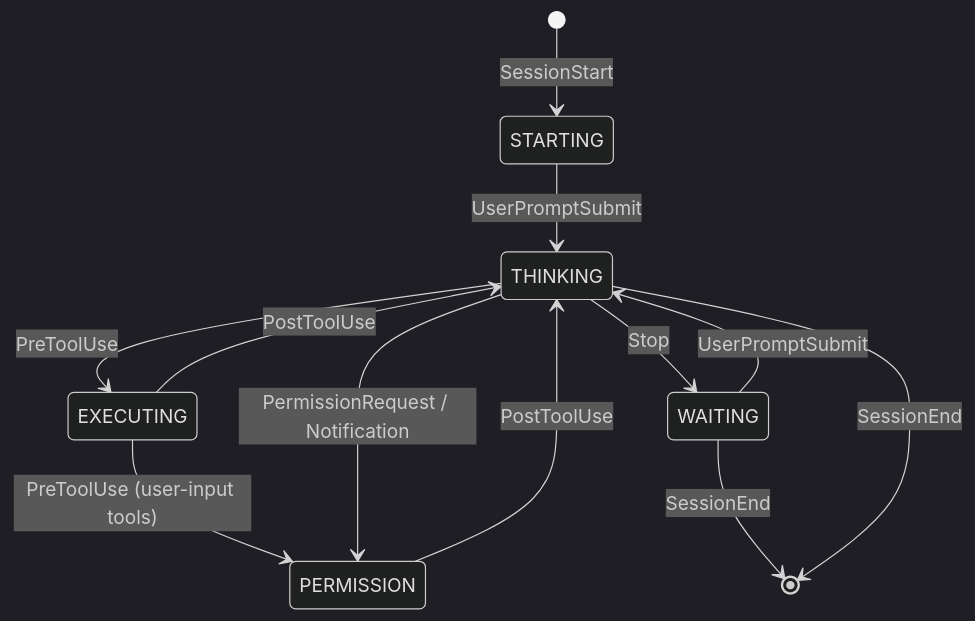
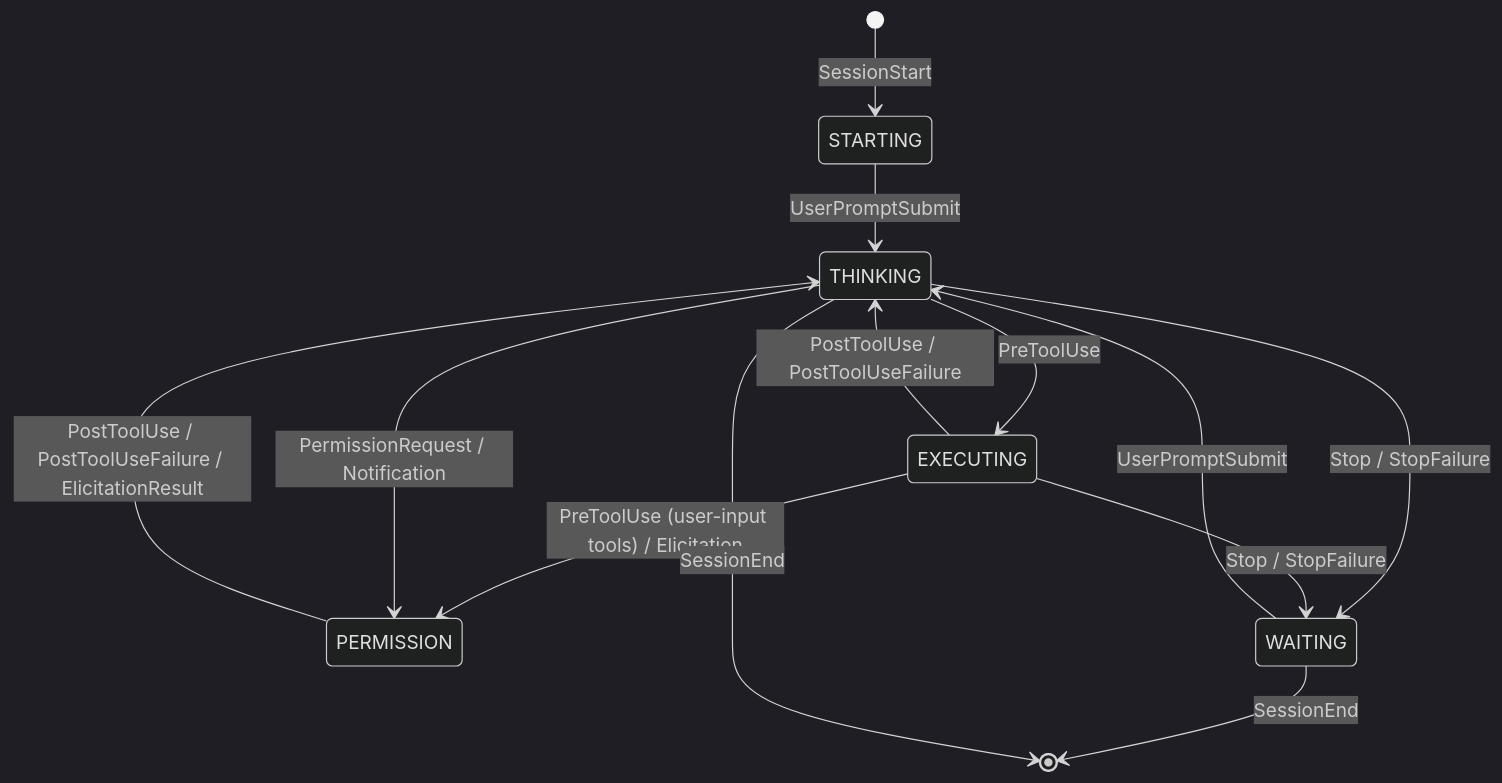
Before and after one commit to luxlabs/claude-monitor: the second of 2 diagrams in README.md, drawn with Mermaid (dark theme). The commit also changed other lines of this file and 9 other files, not shown here.

First line of the commit message:
Align with Claude Code 2.1.207: failure events, elicitation, AI titles, usage limits

````diff
--- a/README.md
+++ b/README.md
@@ -65,18 +66,19 @@
 ```mermaid
 stateDiagram-v2
     [*] --> STARTING : SessionStart
     STARTING --> THINKING : UserPromptSubmit
 
     THINKING --> EXECUTING : PreToolUse
-    EXECUTING --> THINKING : PostToolUse
-    EXECUTING --> PERMISSION : PreToolUse (user-input tools)
+    EXECUTING --> THINKING : PostToolUse / PostToolUseFailure
+    EXECUTING --> PERMISSION : PreToolUse (user-input tools) / Elicitation
 
     THINKING --> PERMISSION : PermissionRequest / Notification
-    PERMISSION --> THINKING : PostToolUse
+    PERMISSION --> THINKING : PostToolUse / PostToolUseFailure / ElicitationResult
 
-    THINKING --> WAITING : Stop
+    THINKING --> WAITING : Stop / StopFailure
+    EXECUTING --> WAITING : Stop / StopFailure
     WAITING --> THINKING : UserPromptSubmit
 
     WAITING --> [*] : SessionEnd
     THINKING --> [*] : SessionEnd
 ```
````
